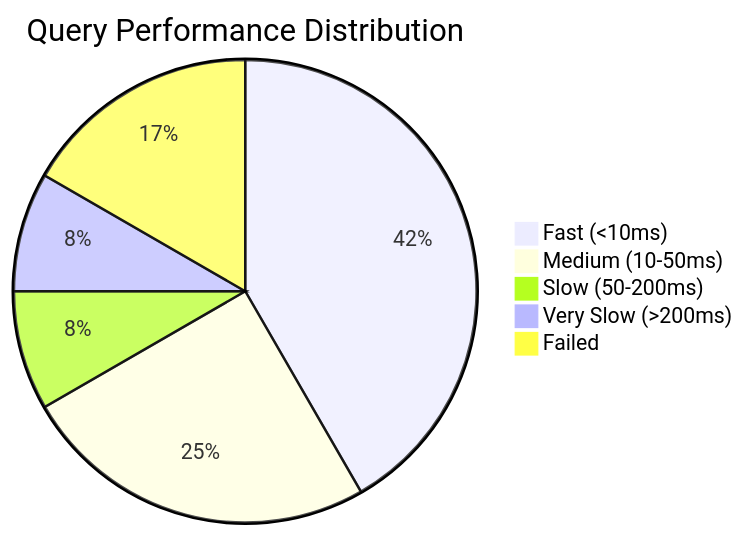
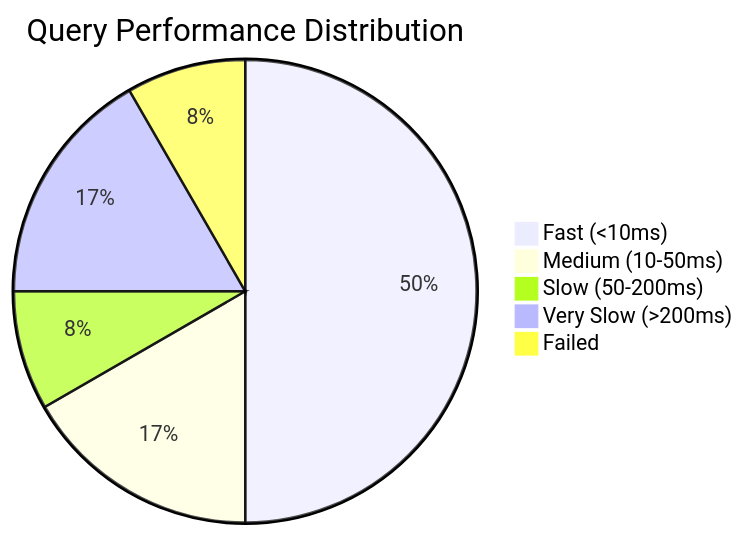
Before and after one commit to pcharbon70/triple_store: the third of 3 diagrams in guides/benchmarks/bsbm.md, drawn with Mermaid. The commit also changed other lines of this file and 2 other files, not shown here.

````diff
--- a/guides/benchmarks/bsbm.md
+++ b/guides/benchmarks/bsbm.md
@@ -99,8 +100,8 @@
 ```mermaid
 pie title Query Performance Distribution
-    "Fast (<10ms)" : 5
-    "Medium (10-50ms)" : 3
+    "Fast (<10ms)" : 6
+    "Medium (10-50ms)" : 2
     "Slow (50-200ms)" : 1
-    "Very Slow (>200ms)" : 1
-    "Failed" : 2
+    "Very Slow (>200ms)" : 2
+    "Failed" : 1
 ```
````
